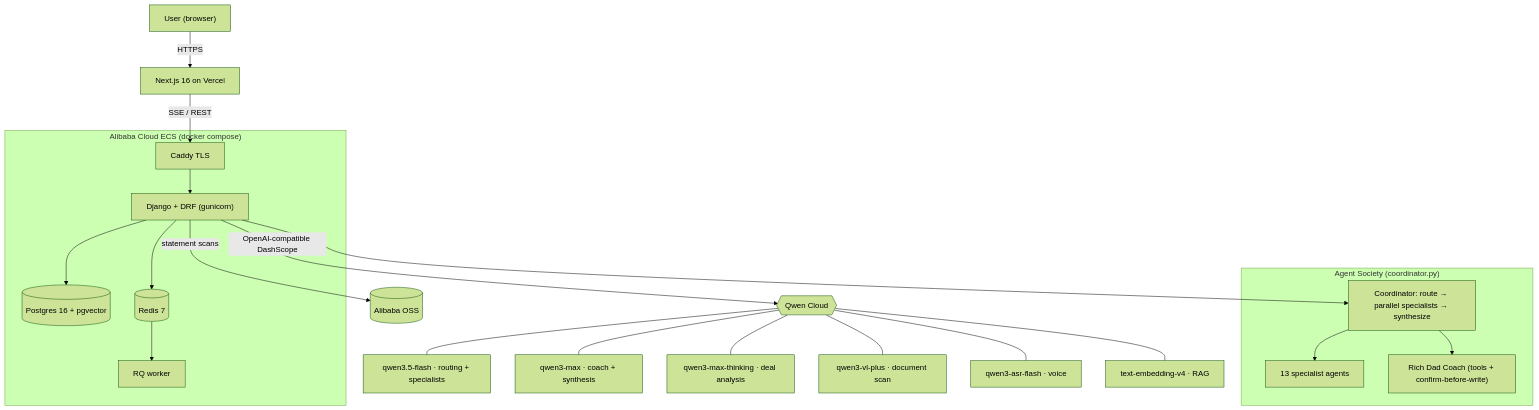
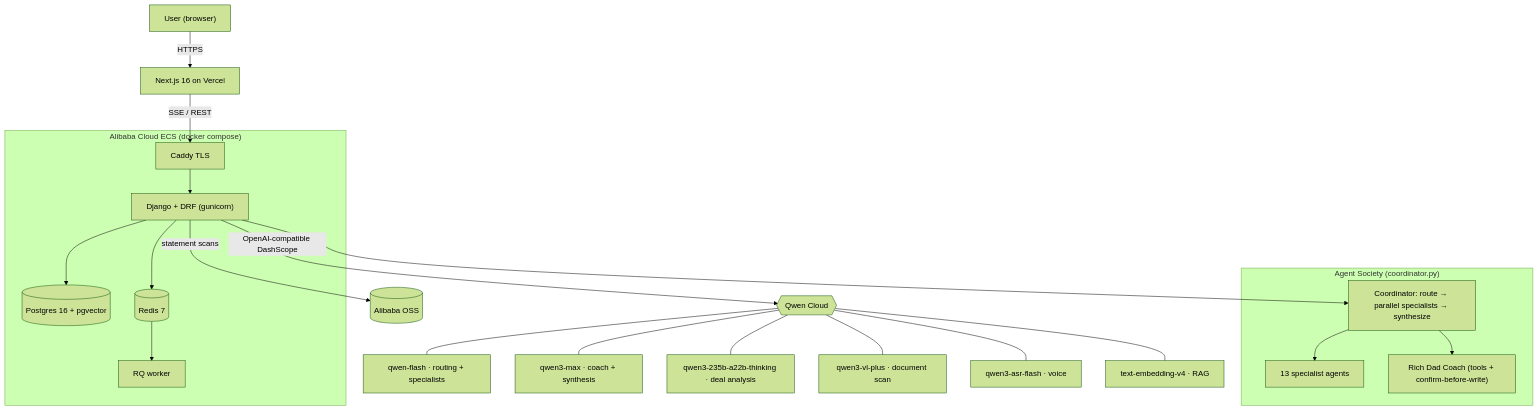
One commit to Esammy/NairaSage changed the diagram in README.md. Above: the diagram before and after it, drawn with Mermaid (forest theme). The commit also changed other lines of this file and 7 other files, not shown here.

````diff
--- a/README.md
+++ b/README.md
@@ -33,27 +36,27 @@
 ```mermaid
 flowchart TB
     User["User (browser)"] -->|HTTPS| Vercel["Next.js 16 on Vercel"]
     Vercel -->|"SSE / REST"| Caddy["Caddy TLS"]
     subgraph ECS["Alibaba Cloud ECS (docker compose)"]
         Caddy --> Web["Django + DRF (gunicorn)"]
         Web --> PG[("Postgres 16 + pgvector")]
         Web --> Redis[("Redis 7")]
         Redis --> Worker["RQ worker"]
     end
     Web -->|"statement scans"| OSS[("Alibaba OSS")]
     Web -->|"OpenAI-compatible DashScope"| Qwen{{"Qwen Cloud"}}
 
     subgraph Society["Agent Society (coordinator.py)"]
         Coord["Coordinator: route → parallel specialists → synthesize"]
         Coord --> Spec["13 specialist agents"]
         Coord --> Coach["Rich Dad Coach (tools + confirm-before-write)"]
     end
     Web --> Coord
 
-    Qwen --- M1["qwen3.5-flash · routing + specialists"]
+    Qwen --- M1["qwen-flash · routing + specialists"]
     Qwen --- M2["qwen3-max · coach + synthesis"]
-    Qwen --- M3["qwen3-max-thinking · deal analysis"]
+    Qwen --- M3["qwen3-235b-a22b-thinking · deal analysis"]
     Qwen --- M4["qwen3-vl-plus · document scan"]
     Qwen --- M5["qwen3-asr-flash · voice"]
     Qwen --- M6["text-embedding-v4 · RAG"]
 ```
````
